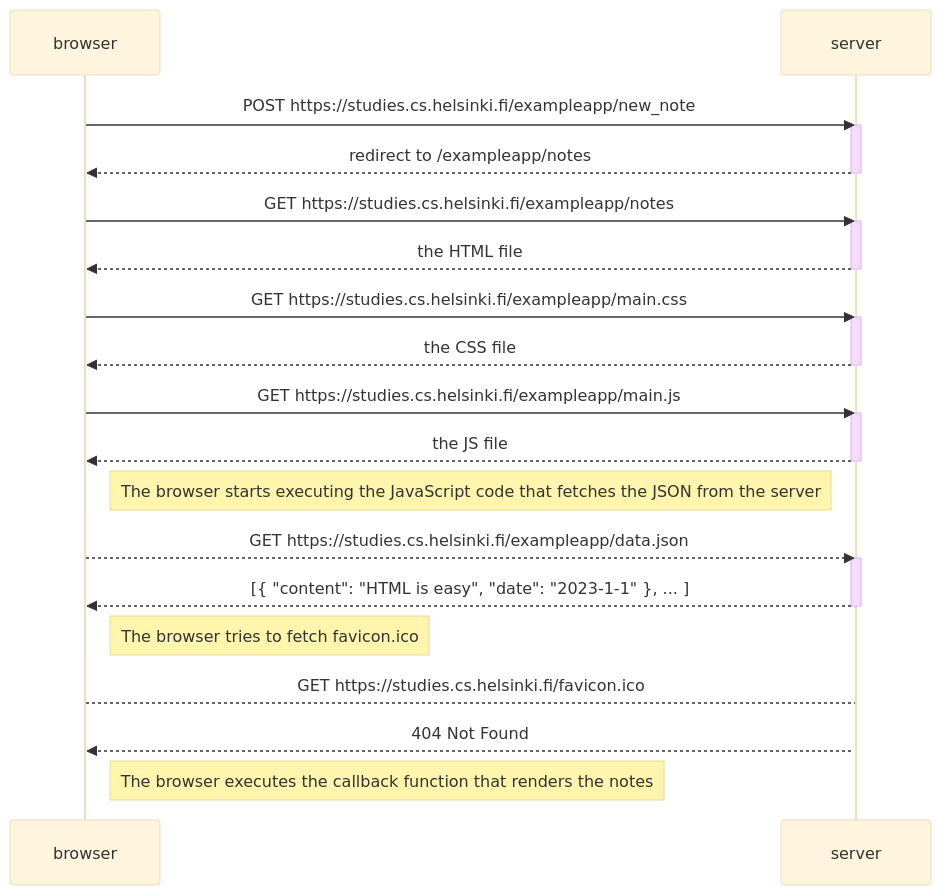
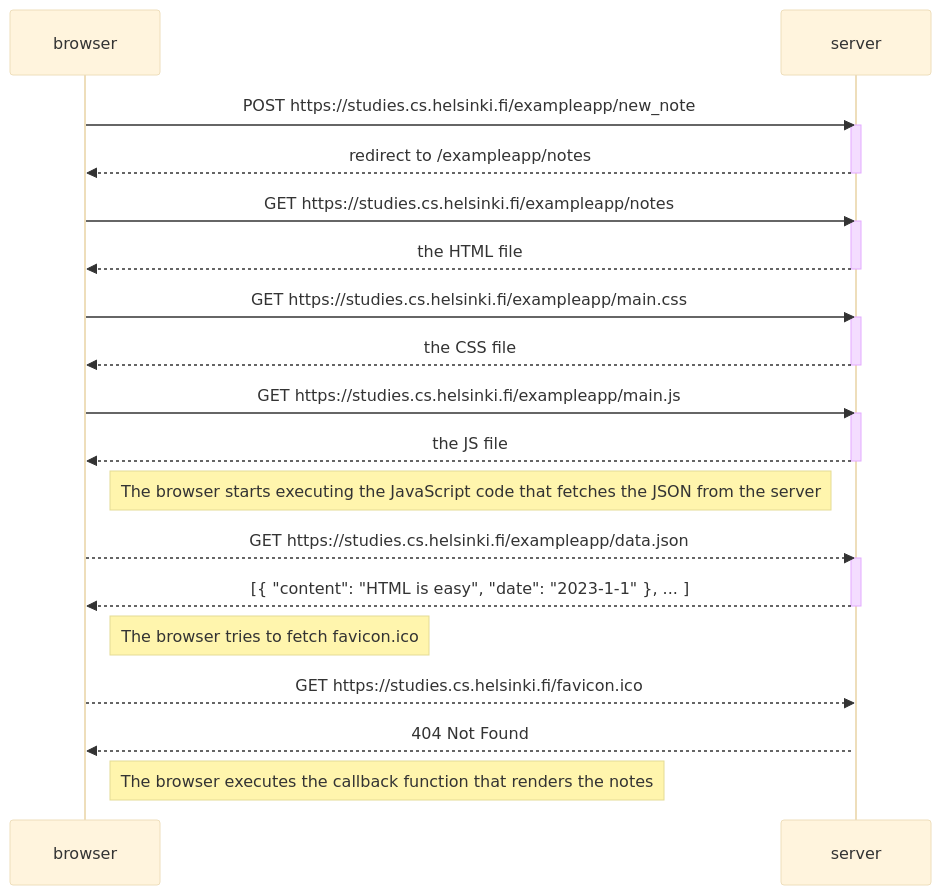
Before and after one commit to Runski1/fullstack_open: the diagram in part0/diagram1.md, drawn with Mermaid (base theme).

````diff
--- a/part0/diagram1.md
+++ b/part0/diagram1.md
@@ -1,39 +1,39 @@
 ```mermaid
 sequenceDiagram
     participant browser
     participant server
 
     browser->>server: POST https://studies.cs.helsinki.fi/exampleapp/new_note
     activate server
     server-->>browser: redirect to /exampleapp/notes
     deactivate server
 
     browser->>server: GET https://studies.cs.helsinki.fi/exampleapp/notes
     activate server
     server-->>browser: the HTML file
     deactivate server
 
     browser->>server: GET https://studies.cs.helsinki.fi/exampleapp/main.css
     activate server
     server-->>browser: the CSS file
     deactivate server
     
     browser->>server: GET https://studies.cs.helsinki.fi/exampleapp/main.js
     activate server
     server-->>browser: the JS file
     deactivate server
 
     Note right of browser: The browser starts executing the JavaScript code that fetches the JSON from the server
 
     browser-->>server: GET https://studies.cs.helsinki.fi/exampleapp/data.json
     activate server
     server-->>browser: [{ "content": "HTML is easy", "date": "2023-1-1" }, ... ]
     deactivate server
 
     Note right of browser: The browser tries to fetch favicon.ico
     
-    browser-->server: GET https://studies.cs.helsinki.fi/favicon.ico
+    browser-->>server: GET https://studies.cs.helsinki.fi/favicon.ico
     activate server
     server-->>browser: 404 Not Found
     Note right of browser: The browser executes the callback function that renders the notes
 ```
````
